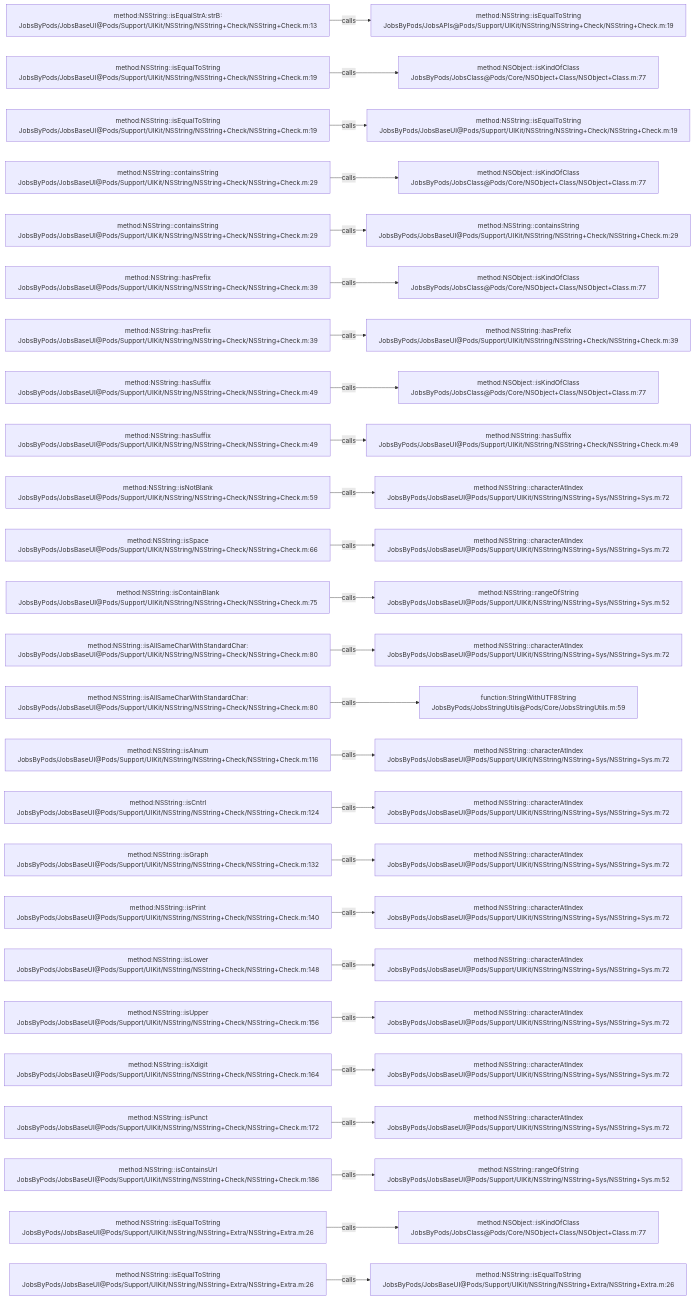
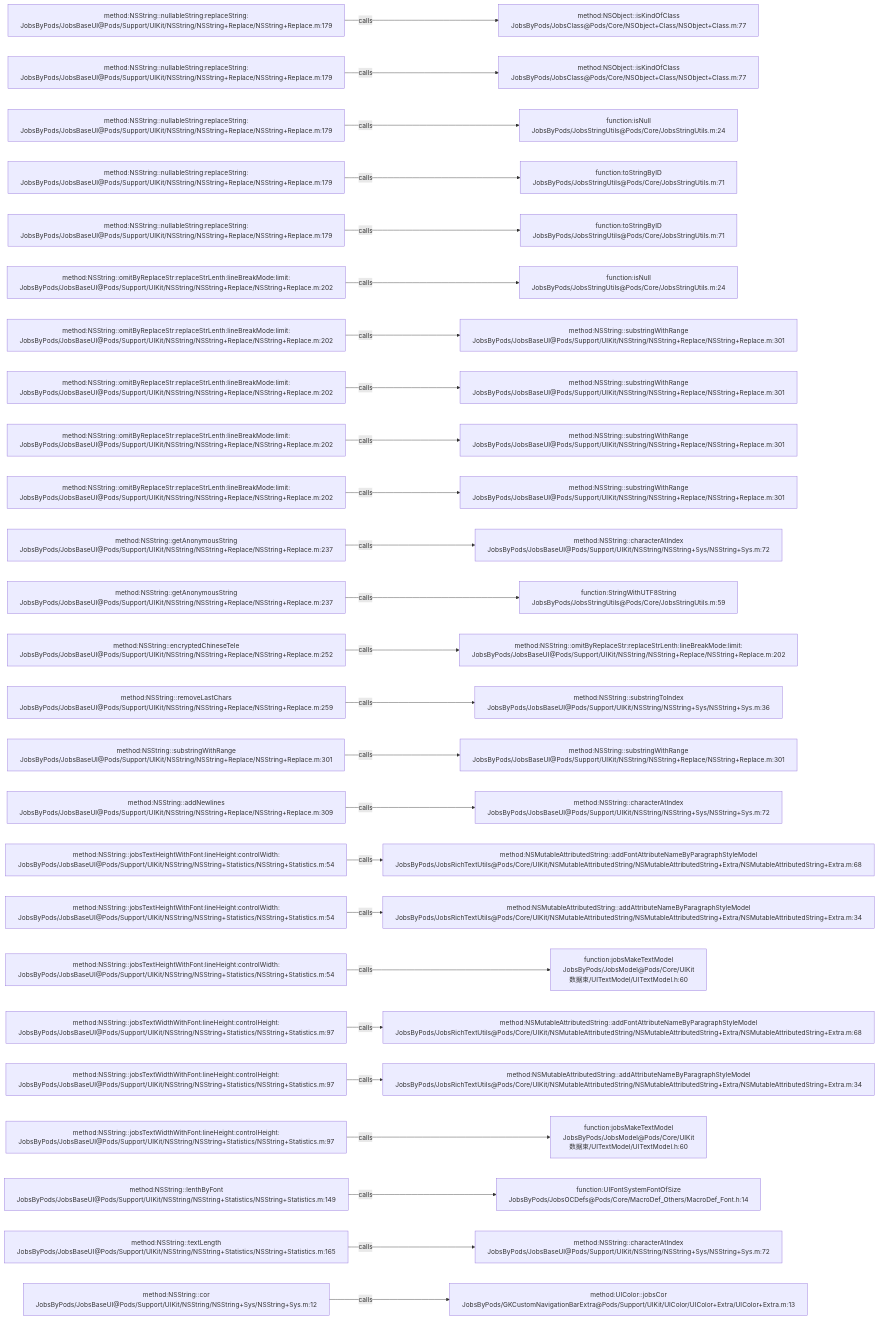
The diagram in .codegraph/codegraph.md/graphs/calls-039.md (JobsKits/JobsOCBaseConfigDemo), drawn with Mermaid before and after one commit. The commit also changed 639 other files, not shown here.

````diff
--- a/.codegraph/codegraph.md/graphs/calls-039.md
+++ b/.codegraph/codegraph.md/graphs/calls-039.md
@@ -13,78 +13,78 @@
 ```mermaid
 flowchart LR
-  S1["method:NSString::isEqualStrA:strB:<br/>JobsByPods/JobsBaseUI@Pods/Support/UIKit/NSString/NSString+Check/NSString+Check.m:13"]
-  T1["method:NSString::isEqualToString<br/>JobsByPods/JobsAPIs@Pods/Support/UIKit/NSString/NSString+Check/NSString+Check.m:19"]
+  S1["method:NSString::nullableString:replaceString:<br/>JobsByPods/JobsBaseUI@Pods/Support/UIKit/NSString/NSString+Replace/NSString+Replace.m:179"]
+  T1["method:NSObject::isKindOfClass<br/>JobsByPods/JobsClass@Pods/Core/NSObject+Class/NSObject+Class.m:77"]
   S1 -->|calls| T1
-  S2["method:NSString::isEqualToString<br/>JobsByPods/JobsBaseUI@Pods/Support/UIKit/NSString/NSString+Check/NSString+Check.m:19"]
+  S2["method:NSString::nullableString:replaceString:<br/>JobsByPods/JobsBaseUI@Pods/Support/UIKit/NSString/NSString+Replace/NSString+Replace.m:179"]
   T2["method:NSObject::isKindOfClass<br/>JobsByPods/JobsClass@Pods/Core/NSObject+Class/NSObject+Class.m:77"]
   S2 -->|calls| T2
-  S3["method:NSString::isEqualToString<br/>JobsByPods/JobsBaseUI@Pods/Support/UIKit/NSString/NSString+Check/NSString+Check.m:19"]
-  T3["method:NSString::isEqualToString<br/>JobsByPods/JobsBaseUI@Pods/Support/UIKit/NSString/NSString+Check/NSString+Check.m:19"]
+  S3["method:NSString::nullableString:replaceString:<br/>JobsByPods/JobsBaseUI@Pods/Support/UIKit/NSString/NSString+Replace/NSString+Replace.m:179"]
+  T3["function:isNull<br/>JobsByPods/JobsStringUtils@Pods/Core/JobsStringUtils.m:24"]
   S3 -->|calls| T3
-  S4["method:NSString::containsString<br/>JobsByPods/JobsBaseUI@Pods/Support/UIKit/NSString/NSString+Check/NSString+Check.m:29"]
-  T4["method:NSObject::isKindOfClass<br/>JobsByPods/JobsClass@Pods/Core/NSObject+Class/NSObject+Class.m:77"]
+  S4["method:NSString::nullableString:replaceString:<br/>JobsByPods/JobsBaseUI@Pods/Support/UIKit/NSString/NSString+Replace/NSString+Replace.m:179"]
+  T4["function:toStringByID<br/>JobsByPods/JobsStringUtils@Pods/Core/JobsStringUtils.m:71"]
   S4 -->|calls| T4
-  S5["method:NSString::containsString<br/>JobsByPods/JobsBaseUI@Pods/Support/UIKit/NSString/NSString+Check/NSString+Check.m:29"]
-  T5["method:NSString::containsString<br/>JobsByPods/JobsBaseUI@Pods/Support/UIKit/NSString/NSString+Check/NSString+Check.m:29"]
+  S5["method:NSString::nullableString:replaceString:<br/>JobsByPods/JobsBaseUI@Pods/Support/UIKit/NSString/NSString+Replace/NSString+Replace.m:179"]
+  T5["function:toStringByID<br/>JobsByPods/JobsStringUtils@Pods/Core/JobsStringUtils.m:71"]
   S5 -->|calls| T5
-  S6["method:NSString::hasPrefix<br/>JobsByPods/JobsBaseUI@Pods/Support/UIKit/NSString/NSString+Check/NSString+Check.m:39"]
-  T6["method:NSObject::isKindOfClass<br/>JobsByPods/JobsClass@Pods/Core/NSObject+Class/NSObject+Class.m:77"]
+  S6["method:NSString::omitByReplaceStr:replaceStrLenth:lineBreakMode:limit:<br/>JobsByPods/JobsBaseUI@Pods/Support/UIKit/NSString/NSString+Replace/NSString+Replace.m:202"]
+  T6["function:isNull<br/>JobsByPods/JobsStringUtils@Pods/Core/JobsStringUtils.m:24"]
   S6 -->|calls| T6
-  S7["method:NSString::hasPrefix<br/>JobsByPods/JobsBaseUI@Pods/Support/UIKit/NSString/NSString+Check/NSString+Check.m:39"]
-  T7["method:NSString::hasPrefix<br/>JobsByPods/JobsBaseUI@Pods/Support/UIKit/NSString/NSString+Check/NSString+Check.m:39"]
+  S7["method:NSString::omitByReplaceStr:replaceStrLenth:lineBreakMode:limit:<br/>JobsByPods/JobsBaseUI@Pods/Support/UIKit/NSString/NSString+Replace/NSString+Replace.m:202"]
+  T7["method:NSString::substringWithRange<br/>JobsByPods/JobsBaseUI@Pods/Support/UIKit/NSString/NSString+Replace/NSString+Replace.m:301"]
   S7 -->|calls| T7
-  S8["method:NSString::hasSuffix<br/>JobsByPods/JobsBaseUI@Pods/Support/UIKit/NSString/NSString+Check/NSString+Check.m:49"]
-  T8["method:NSObject::isKindOfClass<br/>JobsByPods/JobsClass@Pods/Core/NSObject+Class/NSObject+Class.m:77"]
+  S8["method:NSString::omitByReplaceStr:replaceStrLenth:lineBreakMode:limit:<br/>JobsByPods/JobsBaseUI@Pods/Support/UIKit/NSString/NSString+Replace/NSString+Replace.m:202"]
+  T8["method:NSString::substringWithRange<br/>JobsByPods/JobsBaseUI@Pods/Support/UIKit/NSString/NSString+Replace/NSString+Replace.m:301"]
   S8 -->|calls| T8
-  S9["method:NSString::hasSuffix<br/>JobsByPods/JobsBaseUI@Pods/Support/UIKit/NSString/NSString+Check/NSString+Check.m:49"]
-  T9["method:NSString::hasSuffix<br/>JobsByPods/JobsBaseUI@Pods/Support/UIKit/NSString/NSString+Check/NSString+Check.m:49"]
+  S9["method:NSString::omitByReplaceStr:replaceStrLenth:lineBreakMode:limit:<br/>JobsByPods/JobsBaseUI@Pods/Support/UIKit/NSString/NSString+Replace/NSString+Replace.m:202"]
+  T9["method:NSString::substringWithRange<br/>JobsByPods/JobsBaseUI@Pods/Support/UIKit/NSString/NSString+Replace/NSString+Replace.m:301"]
   S9 -->|calls| T9
-  S10["method:NSString::isNotBlank<br/>JobsByPods/JobsBaseUI@Pods/Support/UIKit/NSString/NSString+Check/NSString+Check.m:59"]
-  T10["method:NSString::characterAtIndex<br/>JobsByPods/JobsBaseUI@Pods/Support/UIKit/NSString/NSString+Sys/NSString+Sys.m:72"]
+  S10["method:NSString::omitByReplaceStr:replaceStrLenth:lineBreakMode:limit:<br/>JobsByPods/JobsBaseUI@Pods/Support/UIKit/NSString/NSString+Replace/NSString+Replace.m:202"]
+  T10["method:NSString::substringWithRange<br/>JobsByPods/JobsBaseUI@Pods/Support/UIKit/NSString/NSString+Replace/NSString+Replace.m:301"]
   S10 -->|calls| T10
-  S11["method:NSString::isSpace<br/>JobsByPods/JobsBaseUI@Pods/Support/UIKit/NSString/NSString+Check/NSString+Check.m:66"]
+  S11["method:NSString::getAnonymousString<br/>JobsByPods/JobsBaseUI@Pods/Support/UIKit/NSString/NSString+Replace/NSString+Replace.m:237"]
   T11["method:NSString::characterAtIndex<br/>JobsByPods/JobsBaseUI@Pods/Support/UIKit/NSString/NSString+Sys/NSString+Sys.m:72"]
   S11 -->|calls| T11
-  S12["method:NSString::isContainBlank<br/>JobsByPods/JobsBaseUI@Pods/Support/UIKit/NSString/NSString+Check/NSString+Check.m:75"]
-  T12["method:NSString::rangeOfString<br/>JobsByPods/JobsBaseUI@Pods/Support/UIKit/NSString/NSString+Sys/NSString+Sys.m:52"]
+  S12["method:NSString::getAnonymousString<br/>JobsByPods/JobsBaseUI@Pods/Support/UIKit/NSString/NSString+Replace/NSString+Replace.m:237"]
+  T12["function:StringWithUTF8String<br/>JobsByPods/JobsStringUtils@Pods/Core/JobsStringUtils.m:59"]
   S12 -->|calls| T12
-  S13["method:NSString::isAllSameCharWithStandardChar:<br/>JobsByPods/JobsBaseUI@Pods/Support/UIKit/NSString/NSString+Check/NSString+Check.m:80"]
-  T13["method:NSString::characterAtIndex<br/>JobsByPods/JobsBaseUI@Pods/Support/UIKit/NSString/NSString+Sys/NSString+Sys.m:72"]
+  S13["method:NSString::encryptedChineseTele<br/>JobsByPods/JobsBaseUI@Pods/Support/UIKit/NSString/NSString+Replace/NSString+Replace.m:252"]
+  T13["method:NSString::omitByReplaceStr:replaceStrLenth:lineBreakMode:limit:<br/>JobsByPods/JobsBaseUI@Pods/Support/UIKit/NSString/NSString+Replace/NSString+Replace.m:202"]
   S13 -->|calls| T13
-  S14["method:NSString::isAllSameCharWithStandardChar:<br/>JobsByPods/JobsBaseUI@Pods/Support/UIKit/NSString/NSString+Check/NSString+Check.m:80"]
-  T14["function:StringWithUTF8String<br/>JobsByPods/JobsStringUtils@Pods/Core/JobsStringUtils.m:59"]
+  S14["method:NSString::removeLastChars<br/>JobsByPods/JobsBaseUI@Pods/Support/UIKit/NSString/NSString+Replace/NSString+Replace.m:259"]
+  T14["method:NSString::substringToIndex<br/>JobsByPods/JobsBaseUI@Pods/Support/UIKit/NSString/NSString+Sys/NSString+Sys.m:36"]
   S14 -->|calls| T14
-  S15["method:NSString::isAlnum<br/>JobsByPods/JobsBaseUI@Pods/Support/UIKit/NSString/NSString+Check/NSString+Check.m:116"]
-  T15["method:NSString::characterAtIndex<br/>JobsByPods/JobsBaseUI@Pods/Support/UIKit/NSString/NSString+Sys/NSString+Sys.m:72"]
+  S15["method:NSString::substringWithRange<br/>JobsByPods/JobsBaseUI@Pods/Support/UIKit/NSString/NSString+Replace/NSString+Replace.m:301"]
+  T15["method:NSString::substringWithRange<br/>JobsByPods/JobsBaseUI@Pods/Support/UIKit/NSString/NSString+Replace/NSString+Replace.m:301"]
   S15 -->|calls| T15
-  S16["method:NSString::isCntrl<br/>JobsByPods/JobsBaseUI@Pods/Support/UIKit/NSString/NSString+Check/NSString+Check.m:124"]
+  S16["method:NSString::addNewlines<br/>JobsByPods/JobsBaseUI@Pods/Support/UIKit/NSString/NSString+Replace/NSString+Replace.m:309"]
   T16["method:NSString::characterAtIndex<br/>JobsByPods/JobsBaseUI@Pods/Support/UIKit/NSString/NSString+Sys/NSString+Sys.m:72"]
   S16 -->|calls| T16
-  S17["method:NSString::isGraph<br/>JobsByPods/JobsBaseUI@Pods/Support/UIKit/NSString/NSString+Check/NSString+Check.m:132"]
-  T17["method:NSString::characterAtIndex<br/>JobsByPods/JobsBaseUI@Pods/Support/UIKit/NSString/NSString+Sys/NSString+Sys.m:72"]
+  S17["method:NSString::jobsTextHeightWithFont:lineHeight:controlWidth:<br/>JobsByPods/JobsBaseUI@Pods/Support/UIKit/NSString/NSString+Statistics/NSString+Statistics.m:54"]
+  T17["method:NSMutableAttributedString::addFontAttributeNameByParagraphStyleModel<br/>JobsByPods/JobsRichTextUtils@Pods/Core/UIKit/NSMutableAttributedString/NSMutableAttributedString+Extra/NSMutableAttributedString+Extra.m:68"]
   S17 -->|calls| T17
-  S18["method:NSString::isPrint<br/>JobsByPods/JobsBaseUI@Pods/Support/UIKit/NSString/NSString+Check/NSString+Check.m:140"]
-  T18["method:NSString::characterAtIndex<br/>JobsByPods/JobsBaseUI@Pods/Support/UIKit/NSString/NSString+Sys/NSString+Sys.m:72"]
+  S18["method:NSString::jobsTextHeightWithFont:lineHeight:controlWidth:<br/>JobsByPods/JobsBaseUI@Pods/Support/UIKit/NSString/NSString+Statistics/NSString+Statistics.m:54"]
+  T18["method:NSMutableAttributedString::addAttributeNameByParagraphStyleModel<br/>JobsByPods/JobsRichTextUtils@Pods/Core/UIKit/NSMutableAttributedString/NSMutableAttributedString+Extra/NSMutableAttributedString+Extra.m:34"]
   S18 -->|calls| T18
-  S19["method:NSString::isLower<br/>JobsByPods/JobsBaseUI@Pods/Support/UIKit/NSString/NSString+Check/NSString+Check.m:148"]
-  T19["method:NSString::characterAtIndex<br/>JobsByPods/JobsBaseUI@Pods/Support/UIKit/NSString/NSString+Sys/NSString+Sys.m:72"]
+  S19["method:NSString::jobsTextHeightWithFont:lineHeight:controlWidth:<br/>JobsByPods/JobsBaseUI@Pods/Support/UIKit/NSString/NSString+Statistics/NSString+Statistics.m:54"]
+  T19["function:jobsMakeTextModel<br/>JobsByPods/JobsModel@Pods/Core/UIKit数据束/UITextModel/UITextModel.h:60"]
   S19 -->|calls| T19
-  S20["method:NSString::isUpper<br/>JobsByPods/JobsBaseUI@Pods/Support/UIKit/NSString/NSString+Check/NSString+Check.m:156"]
-  T20["method:NSString::characterAtIndex<br/>JobsByPods/JobsBaseUI@Pods/Support/UIKit/NSString/NSString+Sys/NSString+Sys.m:72"]
+  S20["method:NSString::jobsTextWidthWithFont:lineHeight:controlHeight:<br/>JobsByPods/JobsBaseUI@Pods/Support/UIKit/NSString/NSString+Statistics/NSString+Statistics.m:97"]
+  T20["method:NSMutableAttributedString::addFontAttributeNameByParagraphStyleModel<br/>JobsByPods/JobsRichTextUtils@Pods/Core/UIKit/NSMutableAttributedString/NSMutableAttributedString+Extra/NSMutableAttributedString+Extra.m:68"]
   S20 -->|calls| T20
-  S21["method:NSString::isXdigit<br/>JobsByPods/JobsBaseUI@Pods/Support/UIKit/NSString/NSString+Check/NSString+Check.m:164"]
-  T21["method:NSString::characterAtIndex<br/>JobsByPods/JobsBaseUI@Pods/Support/UIKit/NSString/NSString+Sys/NSString+Sys.m:72"]
+  S21["method:NSString::jobsTextWidthWithFont:lineHeight:controlHeight:<br/>JobsByPods/JobsBaseUI@Pods/Support/UIKit/NSString/NSString+Statistics/NSString+Statistics.m:97"]
+  T21["method:NSMutableAttributedString::addAttributeNameByParagraphStyleModel<br/>JobsByPods/JobsRichTextUtils@Pods/Core/UIKit/NSMutableAttributedString/NSMutableAttributedString+Extra/NSMutableAttributedString+Extra.m:34"]
   S21 -->|calls| T21
-  S22["method:NSString::isPunct<br/>JobsByPods/JobsBaseUI@Pods/Support/UIKit/NSString/NSString+Check/NSString+Check.m:172"]
-  T22["method:NSString::characterAtIndex<br/>JobsByPods/JobsBaseUI@Pods/Support/UIKit/NSString/NSString+Sys/NSString+Sys.m:72"]
+  S22["method:NSString::jobsTextWidthWithFont:lineHeight:controlHeight:<br/>JobsByPods/JobsBaseUI@Pods/Support/UIKit/NSString/NSString+Statistics/NSString+Statistics.m:97"]
+  T22["function:jobsMakeTextModel<br/>JobsByPods/JobsModel@Pods/Core/UIKit数据束/UITextModel/UITextModel.h:60"]
   S22 -->|calls| T22
-  S23["method:NSString::isContainsUrl<br/>JobsByPods/JobsBaseUI@Pods/Support/UIKit/NSString/NSString+Check/NSString+Check.m:186"]
-  T23["method:NSString::rangeOfString<br/>JobsByPods/JobsBaseUI@Pods/Support/UIKit/NSString/NSString+Sys/NSString+Sys.m:52"]
+  S23["method:NSString::lenthByFont<br/>JobsByPods/JobsBaseUI@Pods/Support/UIKit/NSString/NSString+Statistics/NSString+Statistics.m:149"]
+  T23["function:UIFontSystemFontOfSize<br/>JobsByPods/JobsOCDefs@Pods/Core/MacroDef_Others/MacroDef_Font.h:14"]
   S23 -->|calls| T23
-  S24["method:NSString::isEqualToString<br/>JobsByPods/JobsBaseUI@Pods/Support/UIKit/NSString/NSString+Extra/NSString+Extra.m:26"]
-  T24["method:NSObject::isKindOfClass<br/>JobsByPods/JobsClass@Pods/Core/NSObject+Class/NSObject+Class.m:77"]
+  S24["method:NSString::textLength<br/>JobsByPods/JobsBaseUI@Pods/Support/UIKit/NSString/NSString+Statistics/NSString+Statistics.m:165"]
+  T24["method:NSString::characterAtIndex<br/>JobsByPods/JobsBaseUI@Pods/Support/UIKit/NSString/NSString+Sys/NSString+Sys.m:72"]
   S24 -->|calls| T24
-  S25["method:NSString::isEqualToString<br/>JobsByPods/JobsBaseUI@Pods/Support/UIKit/NSString/NSString+Extra/NSString+Extra.m:26"]
-  T25["method:NSString::isEqualToString<br/>JobsByPods/JobsBaseUI@Pods/Support/UIKit/NSString/NSString+Extra/NSString+Extra.m:26"]
+  S25["method:NSString::cor<br/>JobsByPods/JobsBaseUI@Pods/Support/UIKit/NSString/NSString+Sys/NSString+Sys.m:12"]
+  T25["method:UIColor::jobsCor<br/>JobsByPods/GKCustomNavigationBarExtra@Pods/Support/UIKit/UIColor/UIColor+Extra/UIColor+Extra.m:13"]
   S25 -->|calls| T25
 ```
````
